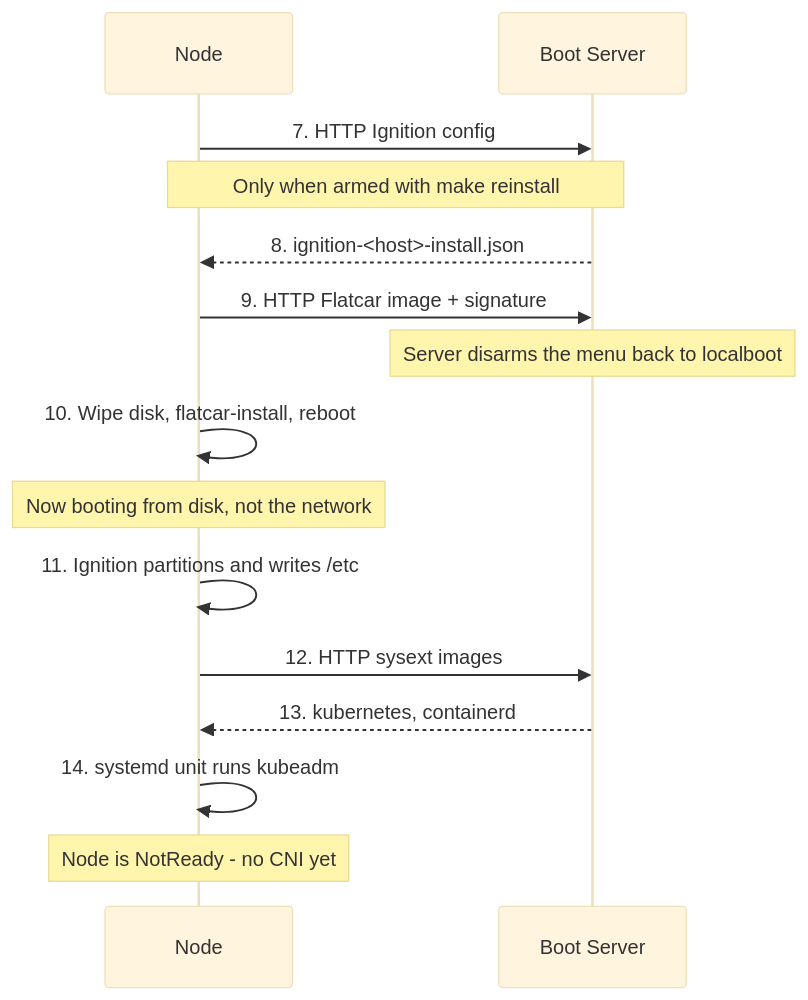
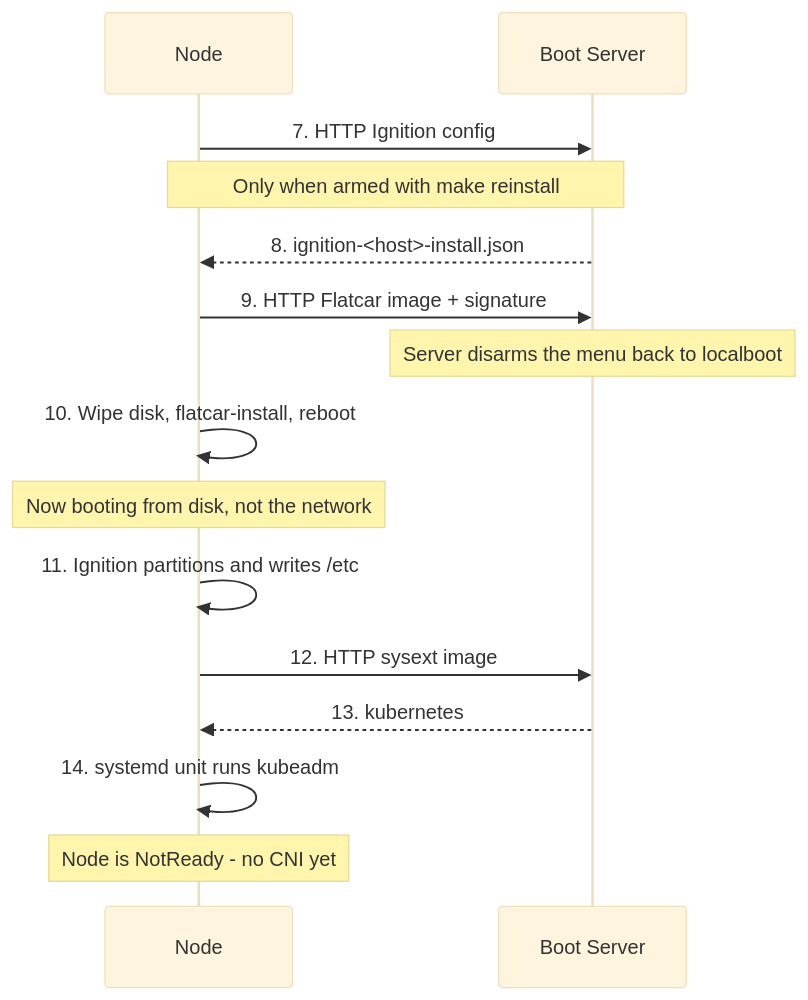
Before and after one commit to JanWelker/homelab: the second of 3 diagrams in docs/architecture/boot-process.md, drawn with Mermaid (base theme). The commit also changed 16 other files, not shown here.

First line of the commit message:
fix(provisioning): drop the containerd sysext, use the containerd Flatcar ships (#952)

````diff
--- a/docs/architecture/boot-process.md
+++ b/docs/architecture/boot-process.md
@@ -56,18 +56,18 @@
 ```mermaid
 sequenceDiagram
     participant Node
     participant Server as Boot Server
 
     Node->>Server: 7. HTTP Ignition config
     Note over Node,Server: Only when armed with make reinstall
     Server-->>Node: 8. ignition-<host>-install.json
     Node->>Server: 9. HTTP Flatcar image + signature
     Note over Server: Server disarms the menu back to localboot
     Node->>Node: 10. Wipe disk, flatcar-install, reboot
     Note over Node: Now booting from disk, not the network
     Node->>Node: 11. Ignition partitions and writes /etc
-    Node->>Server: 12. HTTP sysext images
-    Server-->>Node: 13. kubernetes, containerd
+    Node->>Server: 12. HTTP sysext image
+    Server-->>Node: 13. kubernetes
     Node->>Node: 14. systemd unit runs kubeadm
     Note over Node: Node is NotReady - no CNI yet
 ```
````
